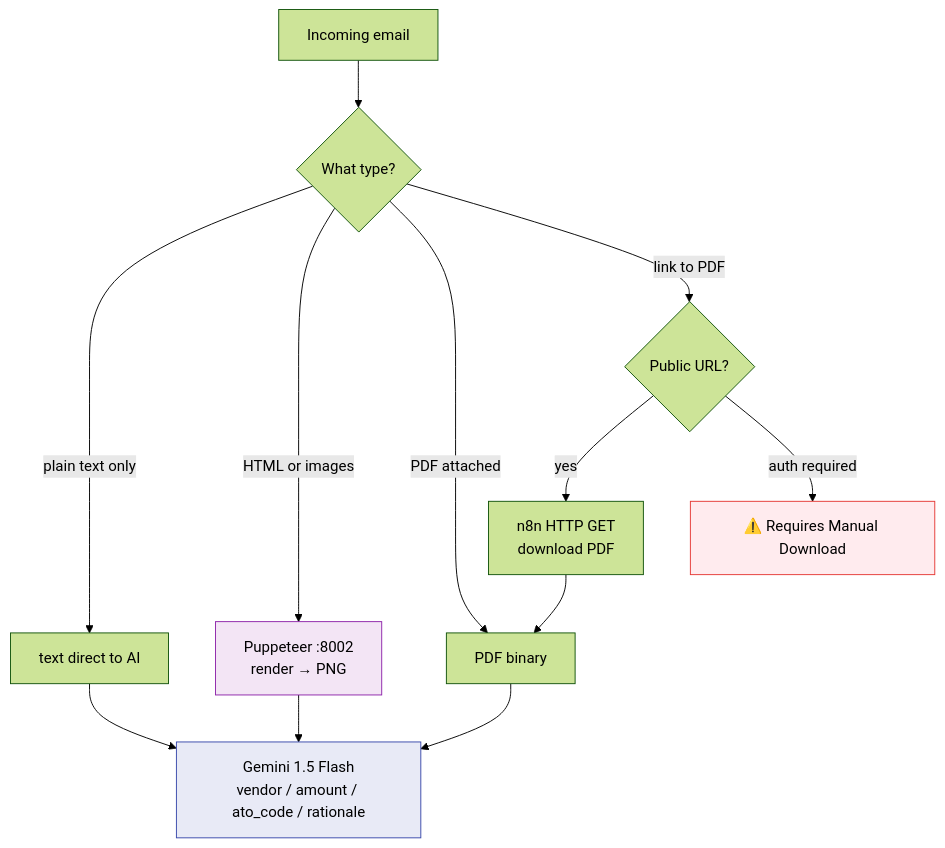
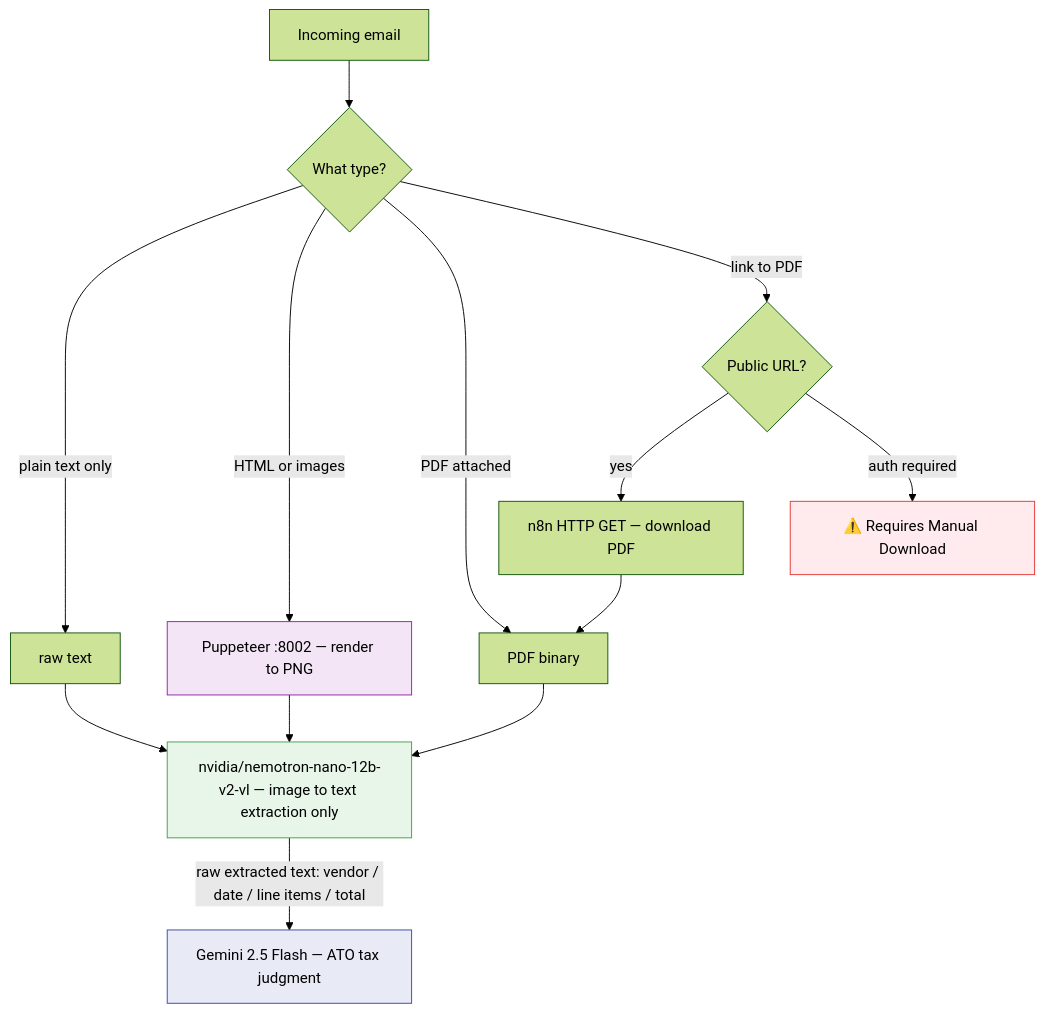
Before and after one commit to gcloudan/tax-automation: the diagram in ARCHITECTURE.md, drawn with Mermaid (forest theme).

````diff
--- a/ARCHITECTURE.md
+++ b/ARCHITECTURE.md
@@ -10,20 +10,23 @@
 ```mermaid
 flowchart TD
     A["Incoming email"] --> B{What type?}
 
-    B -->|plain text only| C["text direct to AI"]
-    B -->|HTML or images| D["Puppeteer :8002\nrender → PNG"]
+    B -->|plain text only| C["raw text"]
+    B -->|HTML or images| D["Puppeteer :8002 — render to PNG"]
     B -->|PDF attached| E["PDF binary"]
     B -->|link to PDF| F{Public URL?}
 
-    F -->|yes| G["n8n HTTP GET\ndownload PDF"] --> E
+    F -->|yes| G["n8n HTTP GET — download PDF"] --> E
     F -->|auth required| H["⚠️ Requires Manual Download"]
 
-    C --> I["Gemini 1.5 Flash\nvendor / amount / ato_code / rationale"]
+    C --> I["nvidia/nemotron-nano-12b-v2-vl — image to text extraction only"]
     D --> I
     E --> I
 
+    I -->|"raw extracted text: vendor / date / line items / total"| J["Gemini 2.5 Flash — ATO tax judgment"]
+
     style D fill:#f3e5f5,stroke:#8e24aa
-    style I fill:#e8eaf6,stroke:#3949ab
+    style I fill:#e8f5e9,stroke:#43a047
+    style J fill:#e8eaf6,stroke:#3949ab
     style H fill:#ffebee,stroke:#e53935
 ```
````
